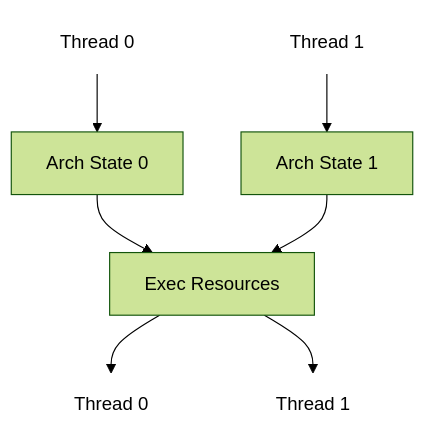
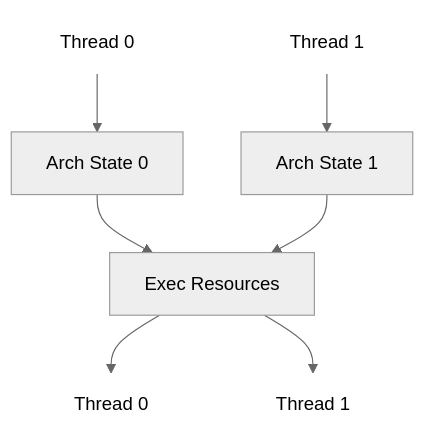
The first of 2 diagrams in presentation.md (igoragoli/fosdem-2026-software-performance), drawn with Mermaid before and after one commit. The commit also changed other lines of this file and 3 other files, not shown here.

````diff
--- a/presentation.md
+++ b/presentation.md
@@ -221,15 +221,15 @@
 ```mermaid
-%%{init: {'theme': 'forest'}}%%
+%%{init: {'theme': 'neutral'}}%%
 
 graph TB
     T0[Thread 0] --> AS0["Arch State 0"]
     T1[Thread 1] --> AS1["Arch State 1"]
     AS0 --> E["Exec Resources"]
     AS1 --> E
     E --> O0[Thread 0]
     E --> O1[Thread 1]
     style T0 fill:none,stroke:none
     style T1 fill:none,stroke:none
     style O0 fill:none,stroke:none
     style O1 fill:none,stroke:none
 ```
````
